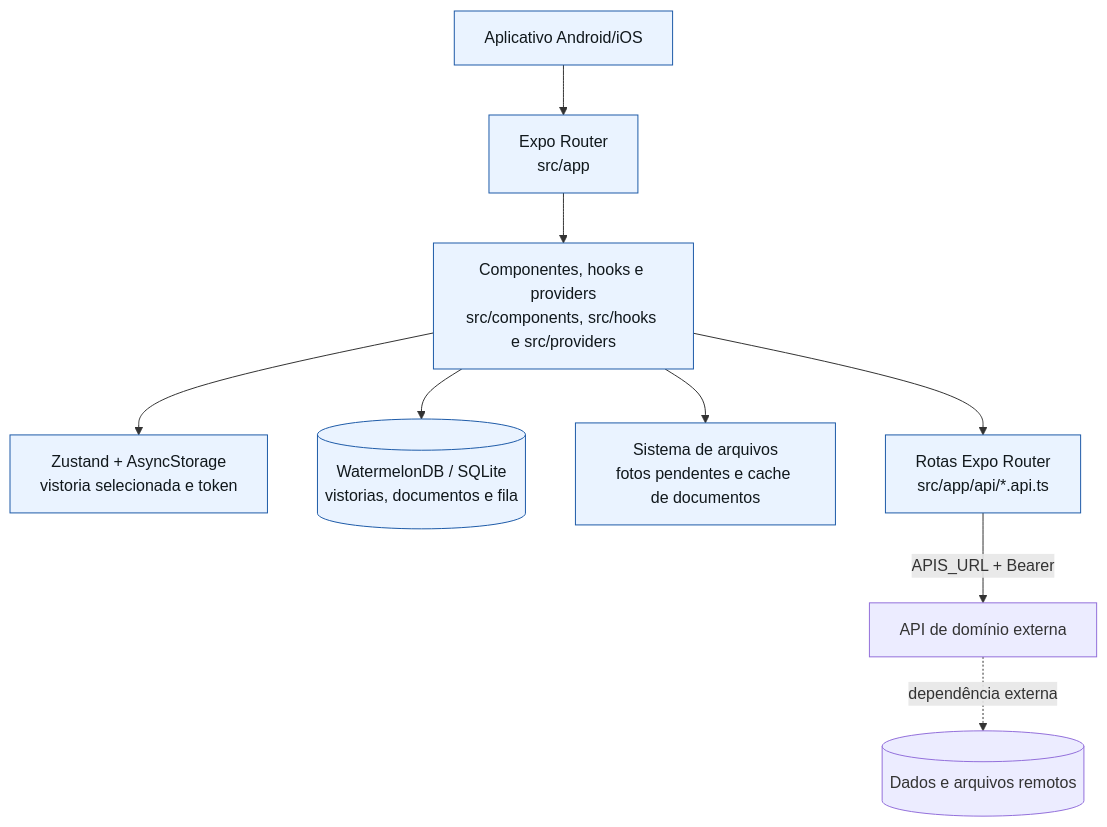
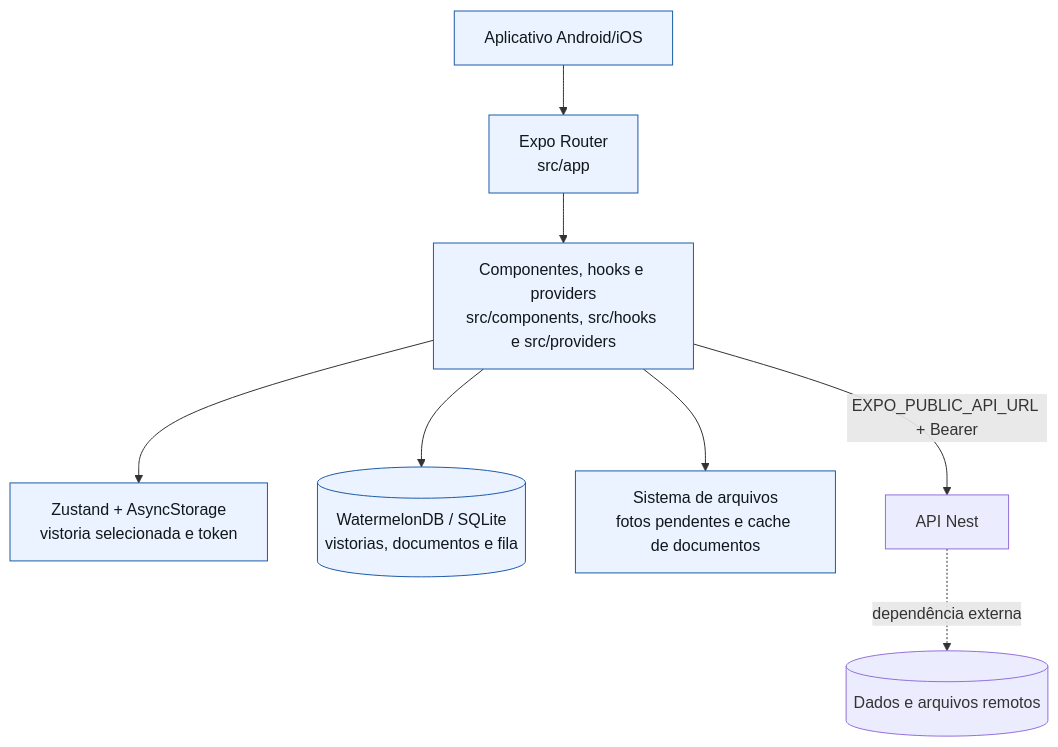
Before and after one commit to JoaoGW/Servico-Vistoria: the first of 4 diagrams in vistoria-mobile/docs/ARQUITETURA.md, drawn with Mermaid. The commit also changed other lines of this file and 16 other files, not shown here.

````diff
--- a/vistoria-mobile/docs/ARQUITETURA.md
+++ b/vistoria-mobile/docs/ARQUITETURA.md
@@ -13,14 +13,13 @@
 ```mermaid
 flowchart TB
     App[Aplicativo Android/iOS] --> Router[Expo Router\nsrc/app]
     Router --> UI[Componentes, hooks e providers\nsrc/components, src/hooks e src/providers]
     UI --> Store[Zustand + AsyncStorage\nvistoria selecionada e token]
     UI --> DB[(WatermelonDB / SQLite\nvistorias, documentos e fila)]
     UI --> Files[Sistema de arquivos\nfotos pendentes e cache de documentos]
-    UI --> BFF[Rotas Expo Router\nsrc/app/api/*.api.ts]
-    BFF -->|APIS_URL + Bearer| API[API de domínio externa]
+    UI -->|EXPO_PUBLIC_API_URL + Bearer| API[API Nest]
     API -. dependência externa .-> Persistence[(Dados e arquivos remotos)]
 
     classDef current fill:#EAF3FF,stroke:#1E5BA8,color:#11181C;
-    class App,Router,UI,Store,DB,Files,BFF current;
+    class App,Router,UI,Store,DB,Files current;
 ```
````
